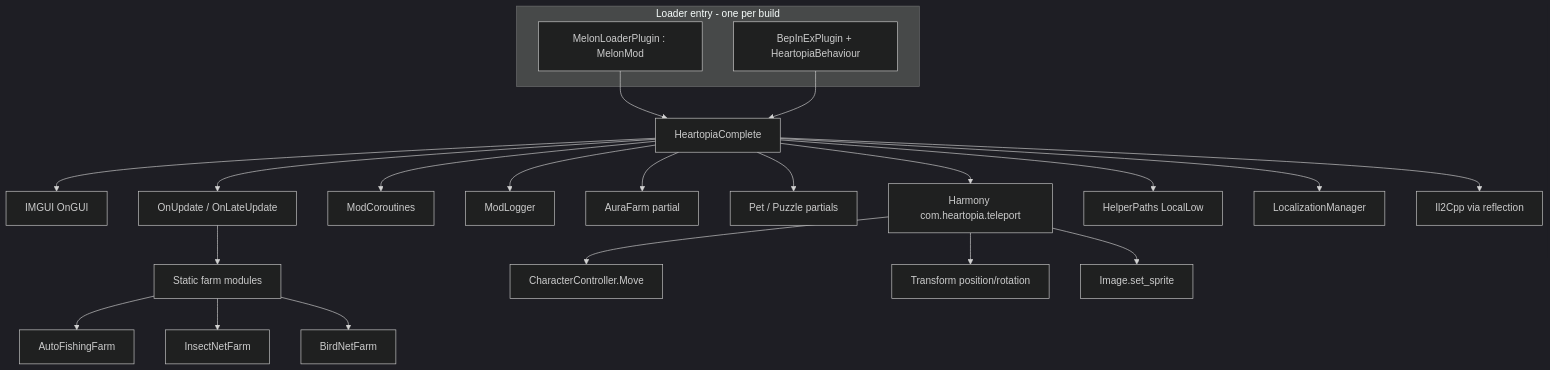
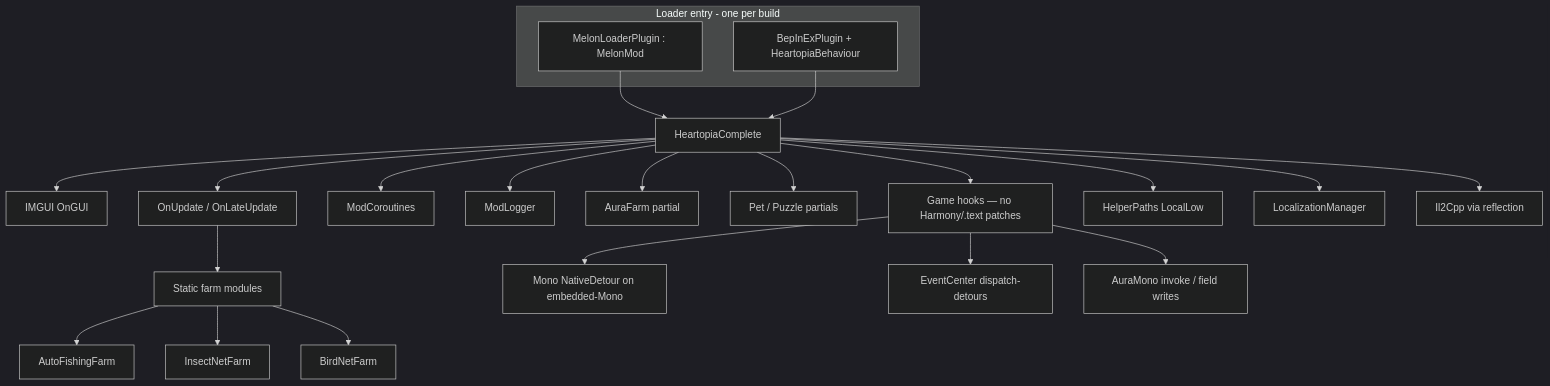
One commit to baboodev/Bugtopia changed the diagram in docs/TECHNICAL.md. Above: the diagram before and after it, drawn with Mermaid (dark theme). The commit also changed other lines of this file and 3 other files, not shown here.

Commit message:
HArmony patches cleanup docs

````diff
--- a/docs/TECHNICAL.md
+++ b/docs/TECHNICAL.md
@@ -9,32 +9,32 @@
 ```mermaid
 flowchart TB
     subgraph loaders [Loader entry - one per build]
         ML[MelonLoaderPlugin : MelonMod]
         BEP[BepInExPlugin + HeartopiaBehaviour]
     end
 
     ML --> HC[HeartopiaComplete]
     BEP --> HC
 
     HC --> UI[IMGUI OnGUI]
     HC --> OU[OnUpdate / OnLateUpdate]
     HC --> MC[ModCoroutines]
     HC --> LOG[ModLogger]
 
     OU --> Farms[Static farm modules]
     Farms --> AF[AutoFishingFarm]
     Farms --> IN[InsectNetFarm]
     Farms --> BN[BirdNetFarm]
 
     HC --> Aura[AuraFarm partial]
     HC --> Features[Pet / Puzzle partials]
 
-    HC --> Harmony[Harmony com.heartopia.teleport]
-    Harmony --> CC[CharacterController.Move]
-    Harmony --> TP[Transform position/rotation]
-    Harmony --> SP[Image.set_sprite]
+    HC --> Hooks[Game hooks — no Harmony/.text patches]
+    Hooks --> ND[Mono NativeDetour on embedded-Mono]
+    Hooks --> EV[EventCenter dispatch-detours]
+    Hooks --> AM2[AuraMono invoke / field writes]
 
     HC --> Paths[HelperPaths LocalLow]
     HC --> Loc[LocalizationManager]
     HC --> Game[Il2Cpp via reflection]
 ```
````
